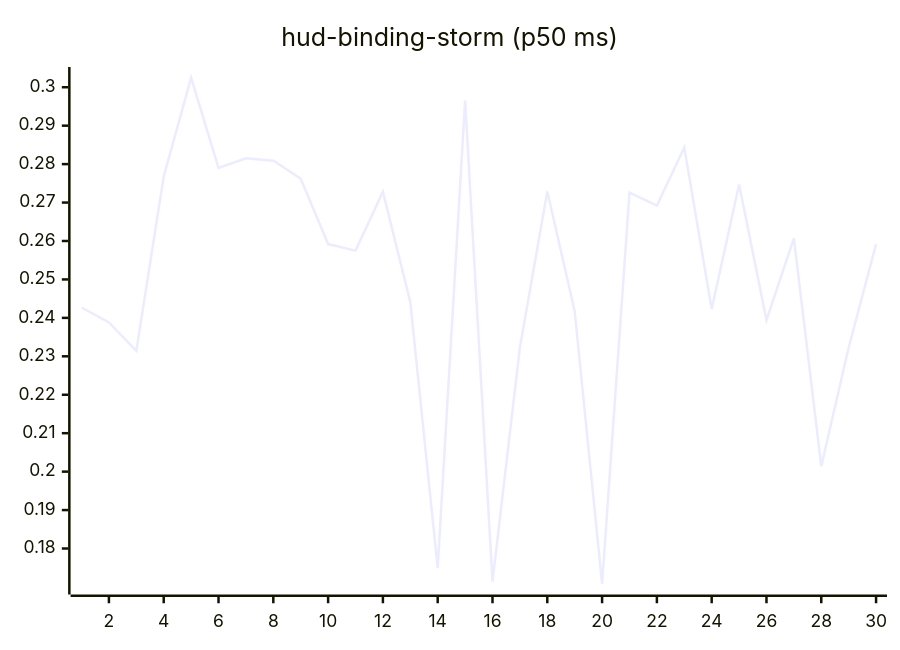
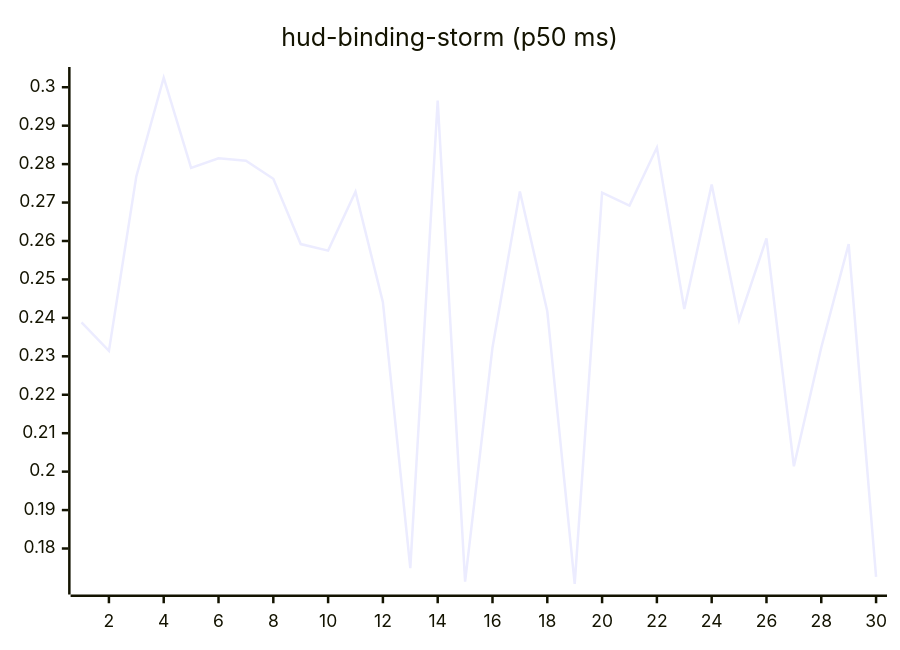
Before and after one commit to josha/Facet: the tenth of 27 diagrams in README.md, drawn with Mermaid. The commit also changed other lines of this file and 2 other files, not shown here.

````diff
--- a/README.md
+++ b/README.md
@@ -126,6 +126,6 @@
 ```mermaid
 xychart-beta
     title "hud-binding-storm (p50 ms)"
     x-axis 1 --> 30
-    line [0.2427, 0.2388, 0.2314, 0.2768, 0.3025, 0.2790, 0.2815, 0.2809, 0.2762, 0.2592, 0.2575, 0.2728, 0.2441, 0.1749, 0.2965, 0.1714, 0.2323, 0.2729, 0.2417, 0.1708, 0.2726, 0.2692, 0.2843, 0.2423, 0.2747, 0.2394, 0.2607, 0.2014, 0.2323, 0.2592]
+    line [0.2388, 0.2314, 0.2768, 0.3025, 0.2790, 0.2815, 0.2809, 0.2762, 0.2592, 0.2575, 0.2728, 0.2441, 0.1749, 0.2965, 0.1714, 0.2323, 0.2729, 0.2417, 0.1708, 0.2726, 0.2692, 0.2843, 0.2423, 0.2747, 0.2394, 0.2607, 0.2014, 0.2323, 0.2592, 0.1726]
 ```
````
